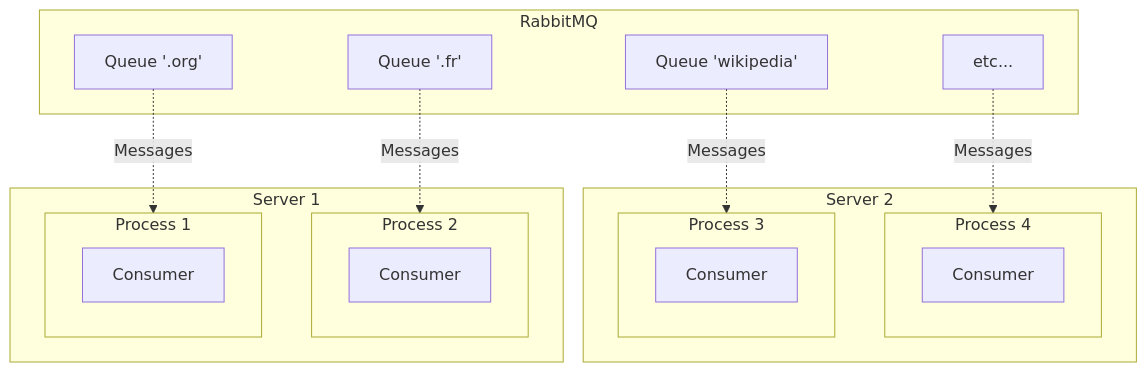
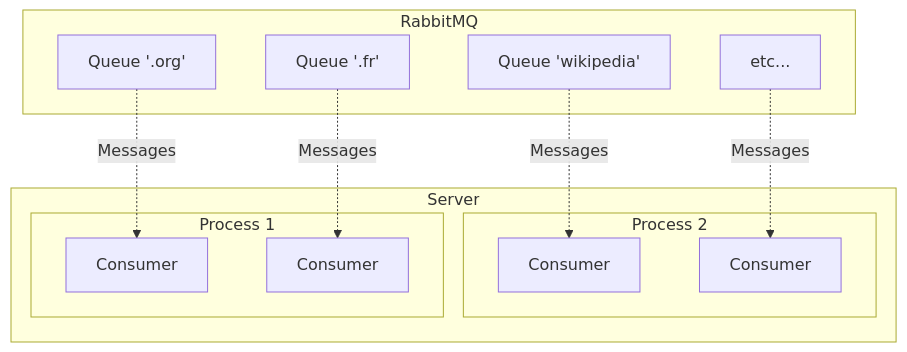
Before and after one commit to Baptouuuu/baptouuuu.github.io: diagram 12 of 13 in docs/conferences/actor model/slides.md, drawn with Mermaid. The commit also changed other lines of this file, not shown here.

````diff
--- a/docs/conferences/actor model/slides.md
+++ b/docs/conferences/actor model/slides.md
@@ -553,29 +535,23 @@
 ```mermaid
 flowchart TB
     subgraph rabbit["RabbitMQ"]
         q1["Queue '.org'"]
         q2["Queue '.fr'"]
         q3["Queue 'wikipedia'"]
         q4["etc..."]
     end
-    subgraph s2["Server 2"]
-        subgraph p4["Process 4"]
+    subgraph s["Server"]
+        subgraph p2["Process 2"]
+            c3["Consumer"]
             c4["Consumer"]
-        end
-        subgraph p3["Process 3"]
-            c3["Consumer"]
-        end
-    end
-    subgraph s1["Server 1"]
-        subgraph p2["Process 2"]
-            c2["Consumer"]
         end
         subgraph p1["Process 1"]
             c1["Consumer"]
+            c2["Consumer"]
         end
     end
-    q1 -. Messages .-> p1
-    q2 -. Messages .-> p2
-    q3 -. Messages .-> p3
-    q4 -. Messages .-> p4
+    q1 -. Messages .-> c1
+    q2 -. Messages .-> c2
+    q3 -. Messages .-> c3
+    q4 -. Messages .-> c4
 ```
````
